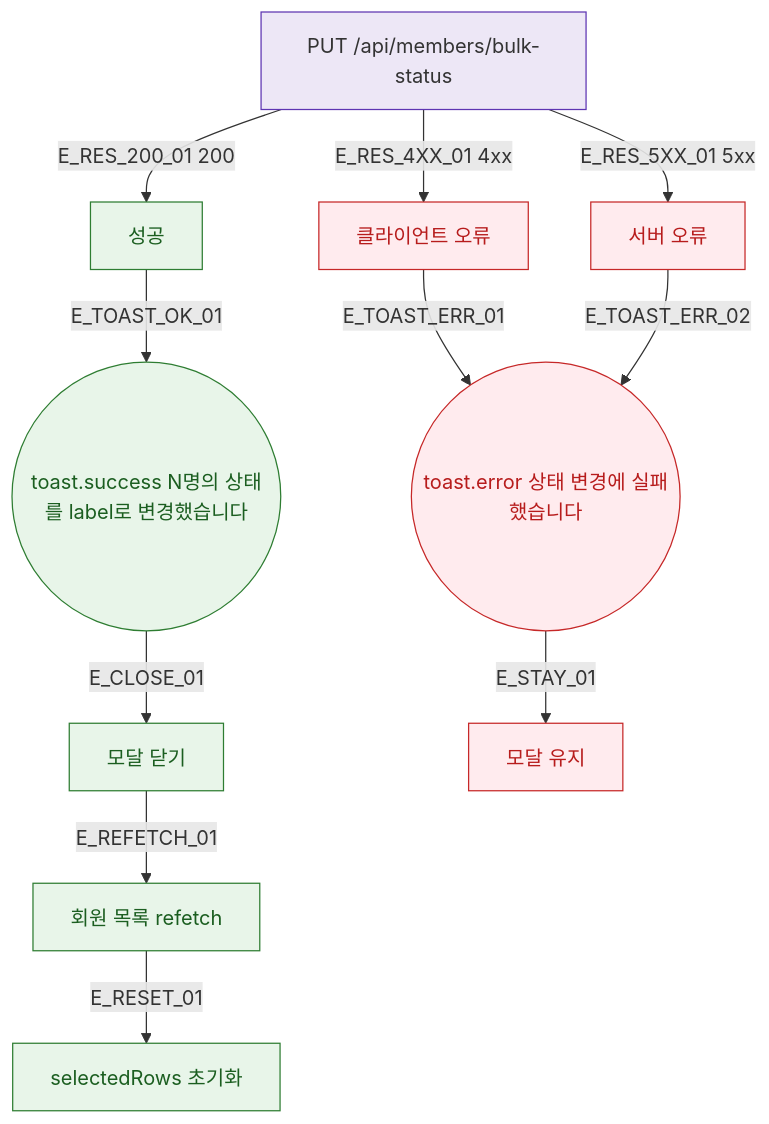
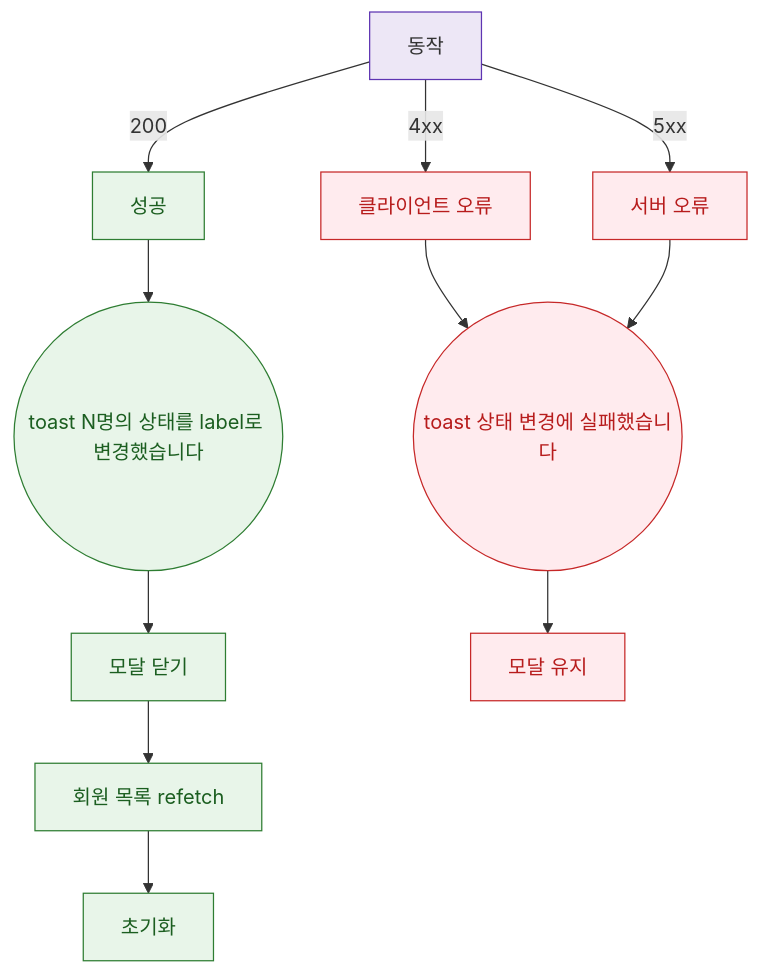
The diagram in docs/다이어그램/D02_회원관리/DLG/DLG-M001_상태변경/M3_결과분기.md (dev-spogym/admin-pando), drawn with Mermaid before and after one commit. The commit also changed other lines of this file and 1660 other files, not shown here.

First line of the commit message:
다이어그램: 기획자/클라이언트 납품본으로 정리

````diff
--- a/docs/다이어그램/D02_회원관리/DLG/DLG-M001_상태변경/M3_결과분기.md
+++ b/docs/다이어그램/D02_회원관리/DLG/DLG-M001_상태변경/M3_결과분기.md
@@ -22,25 +20,25 @@
 ```mermaid
 flowchart TD
-  API[PUT /api/members/bulk-status]
+  API[동작]
 
-  API -->|E_RES_200_01 200| SUCCESS[성공]
-  API -->|E_RES_4XX_01 4xx| FAIL_CLIENT[클라이언트 오류]
-  API -->|E_RES_5XX_01 5xx| FAIL_SERVER[서버 오류]
+  API -->|200|SUCCESS[성공]
+  API -->|4xx|FAIL_CLIENT[클라이언트 오류]
+  API -->|5xx|FAIL_SERVER[서버 오류]
 
-  SUCCESS -->|E_TOAST_OK_01| TOAST_OK((toast.success N명의 상태를 label로 변경했습니다))
-  TOAST_OK -->|E_CLOSE_01| CLOSE[모달 닫기]
-  CLOSE -->|E_REFETCH_01| REFETCH[회원 목록 refetch]
-  REFETCH -->|E_RESET_01| RESET[selectedRows 초기화]
+  SUCCESS --> TOAST_OK((toast N명의 상태를 label로 변경했습니다))
+  TOAST_OK --> CLOSE[모달 닫기]
+  CLOSE --> REFETCH[회원 목록 refetch]
+  REFETCH --> RESET[초기화]
 
-  FAIL_CLIENT -->|E_TOAST_ERR_01| TOAST_ERR((toast.error 상태 변경에 실패했습니다))
-  FAIL_SERVER -->|E_TOAST_ERR_02| TOAST_ERR
-  TOAST_ERR -->|E_STAY_01| MODAL_STAY[모달 유지]
+  FAIL_CLIENT --> TOAST_ERR((toast 상태 변경에 실패했습니다))
+  FAIL_SERVER --> TOAST_ERR
+  TOAST_ERR --> MODAL_STAY[모달 유지]
 
   classDef success fill:#E8F5E9,stroke:#2E7D32,color:#1B5E20
-  classDef error   fill:#FFEBEE,stroke:#C62828,color:#B71C1C
-  classDef system  fill:#EDE7F6,stroke:#5E35B2
+  classDef error fill:#FFEBEE,stroke:#C62828,color:#B71C1C
+  classDef system fill:#EDE7F6,stroke:#5E35B2
 
   class SUCCESS,TOAST_OK,CLOSE,REFETCH,RESET success
   class FAIL_CLIENT,FAIL_SERVER,TOAST_ERR,MODAL_STAY error
   class API system
 ```
````
